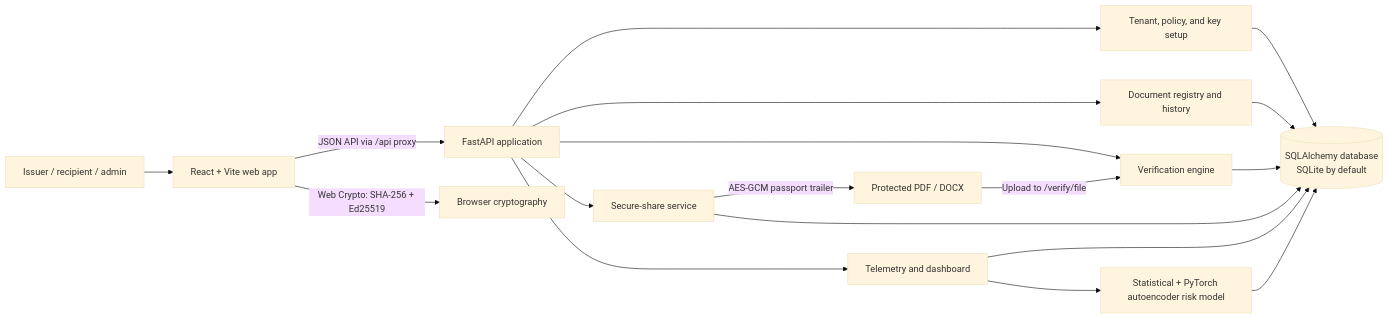
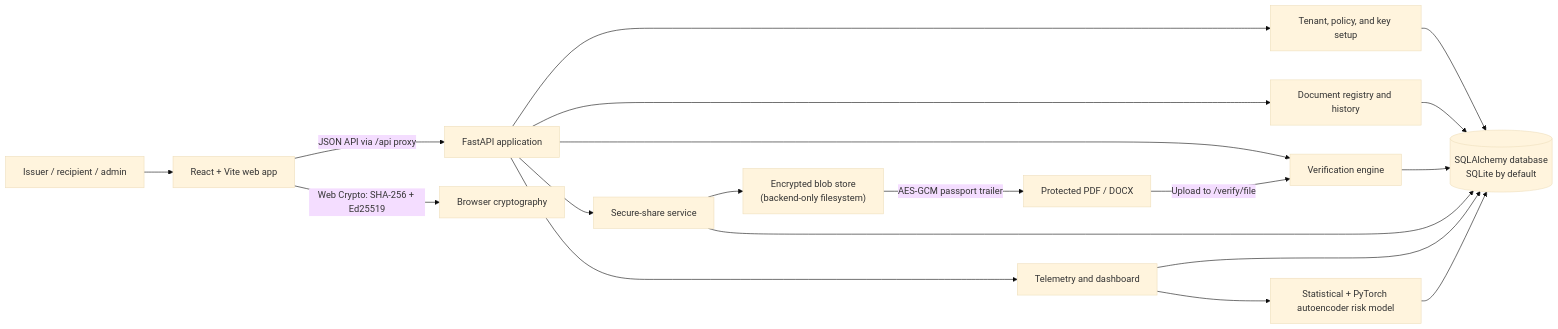
The first of 2 diagrams in technical.md (nirvaankohli/njx), drawn with Mermaid (base theme) before and after one commit. The commit also changed other lines of this file and 1 other file, not shown here.

Commit message:
Document backend blob storage and update seeding

````diff
--- a/technical.md
+++ b/technical.md
@@ -25,23 +25,24 @@
 ```mermaid
 flowchart LR
     User["Issuer / recipient / admin"] --> Web["React + Vite web app"]
     Web -->|"JSON API via /api proxy"| API["FastAPI application"]
     Web -->|"Web Crypto: SHA-256 + Ed25519"| BrowserCrypto["Browser cryptography"]
 
     API --> Setup["Tenant, policy, and key setup"]
     API --> Registry["Document registry and history"]
     API --> Verify["Verification engine"]
     API --> Share["Secure-share service"]
     API --> Telemetry["Telemetry and dashboard"]
     Telemetry --> Risk["Statistical + PyTorch autoencoder risk model"]
 
     Setup --> DB[("SQLAlchemy database\nSQLite by default")]
     Registry --> DB
     Verify --> DB
     Share --> DB
+    Share --> BlobStore["Encrypted blob store\n(backend-only filesystem)"]
     Telemetry --> DB
     Risk --> DB
 
-    Share -->|"AES-GCM passport trailer"| Protected["Protected PDF / DOCX"]
+    BlobStore -->|"AES-GCM passport trailer"| Protected["Protected PDF / DOCX"]
     Protected -->|"Upload to /verify/file"| Verify
 ```
````
